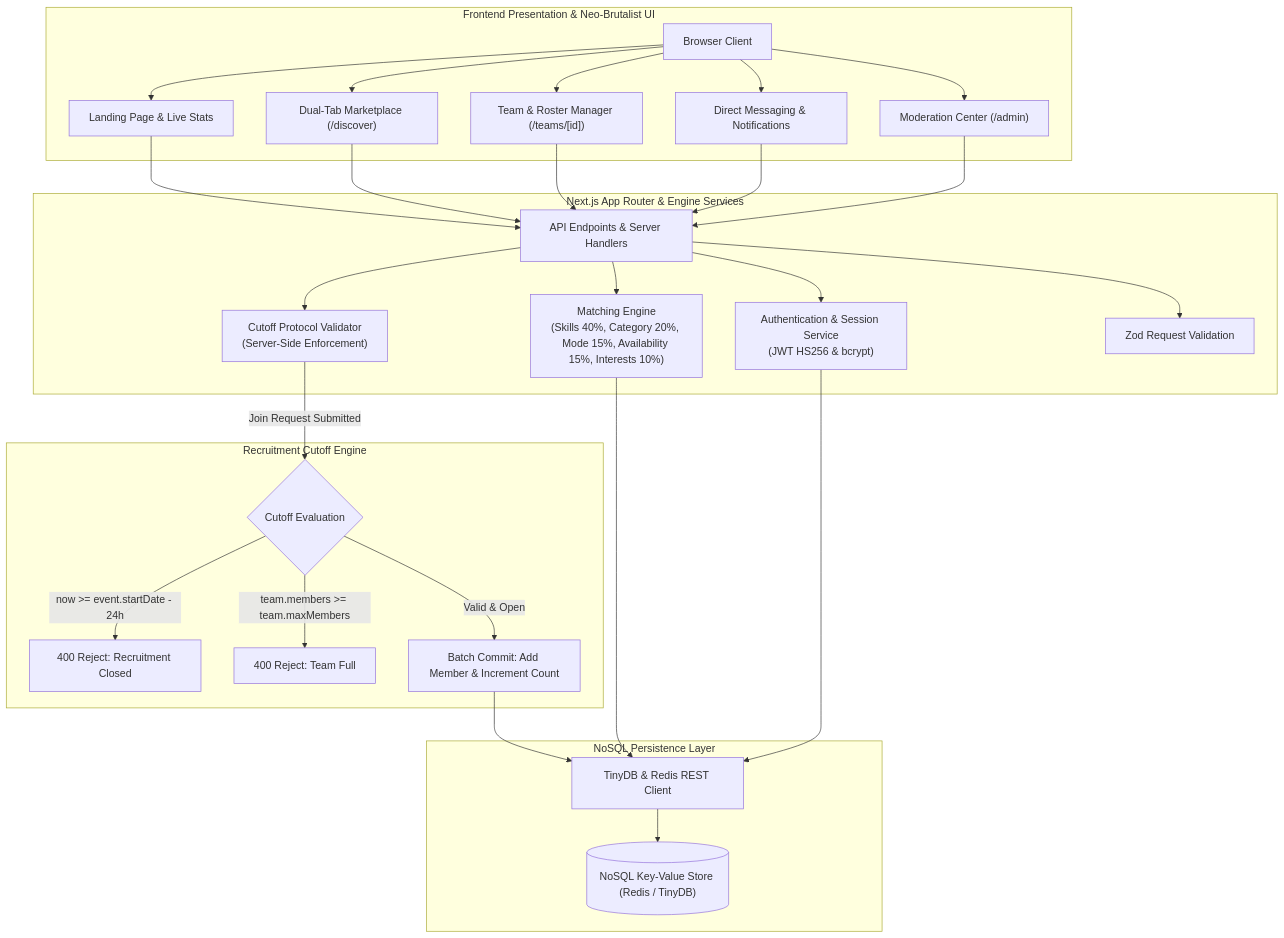
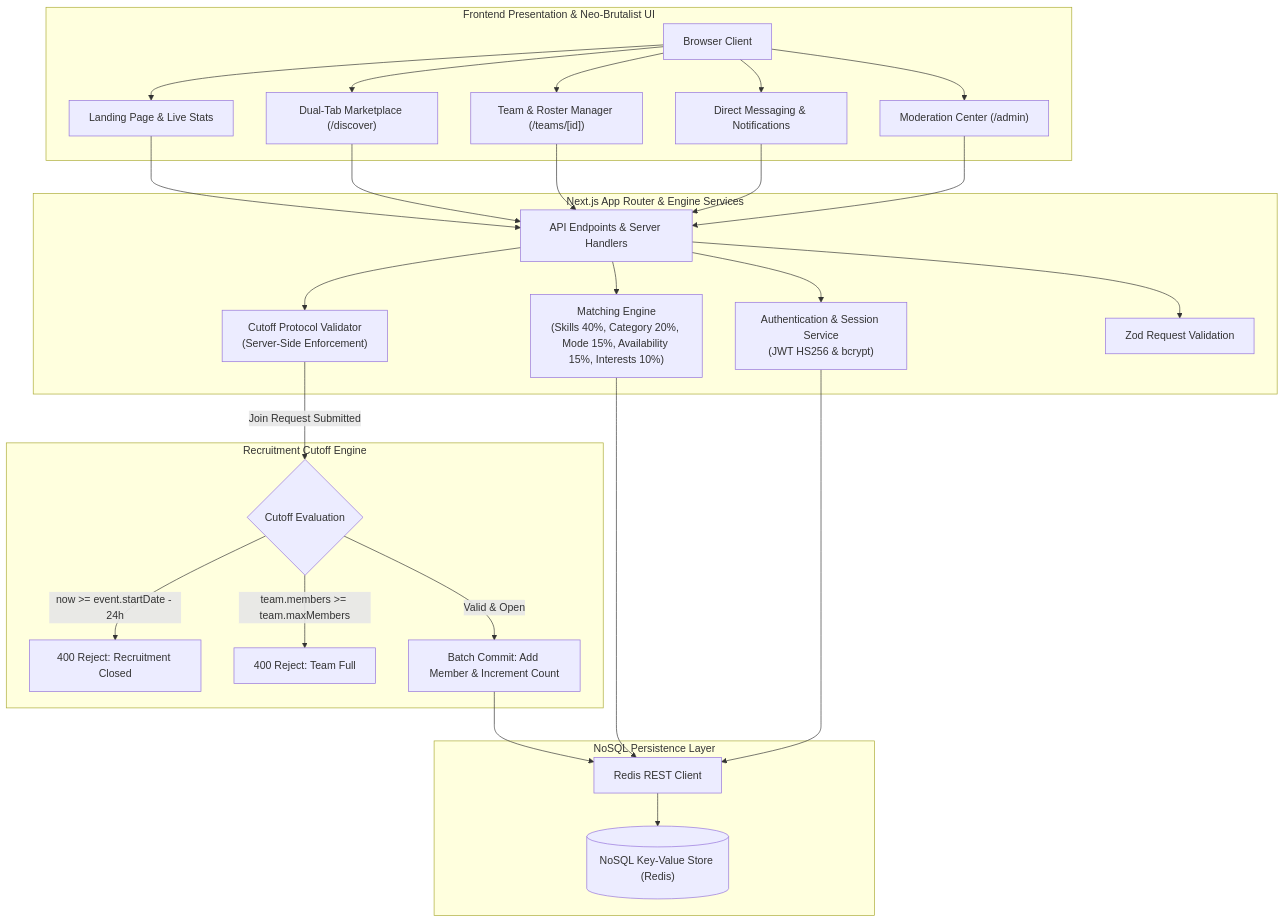
One commit to idoblink/TeamOrphan changed the diagram in README.md. Above: the diagram before and after it, drawn with Mermaid. The commit also changed other lines of this file and 28 other files, not shown here.

Commit message:
refactor: use pure Redis NoSQL database throughout and delete tinyDB and cookie-sync

````diff
--- a/README.md
+++ b/README.md
@@ -40,31 +40,31 @@
 ```mermaid
 flowchart TD
     subgraph Client_Layer [Frontend Presentation & Neo-Brutalist UI]
         U["Browser Client"]
         U --> P1["Landing Page & Live Stats"]
         U --> P2["Dual-Tab Marketplace (/discover)"]
         U --> P3["Team & Roster Manager (/teams/[id])"]
         U --> P4["Direct Messaging & Notifications"]
         U --> P5["Moderation Center (/admin)"]
     end
 
     subgraph Logic_Layer [Next.js App Router & Engine Services]
         P1 & P2 & P3 & P4 & P5 --> API["API Endpoints & Server Handlers"]
         API --> M1["Matching Engine\n(Skills 40%, Category 20%, Mode 15%, Availability 15%, Interests 10%)"]
         API --> M2["Cutoff Protocol Validator\n(Server-Side Enforcement)"]
         API --> M3["Authentication & Session Service\n(JWT HS256 & bcrypt)"]
         API --> M4["Zod Request Validation"]
     end
 
     subgraph Safety_Protocol [Recruitment Cutoff Engine]
         M2 -->|Join Request Submitted| C1{"Cutoff Evaluation"}
         C1 -->|now >= event.startDate - 24h| C2["400 Reject: Recruitment Closed"]
         C1 -->|team.members >= team.maxMembers| C3["400 Reject: Team Full"]
         C1 -->|Valid & Open| C4["Batch Commit: Add Member & Increment Count"]
     end
 
     subgraph Data_Layer [NoSQL Persistence Layer]
-        C4 & M1 & M3 --> DB_CLIENT["TinyDB & Redis REST Client"]
-        DB_CLIENT --> DB[("NoSQL Key-Value Store (Redis / TinyDB)")]
+        C4 & M1 & M3 --> DB_CLIENT["Redis REST Client"]
+        DB_CLIENT --> DB[("NoSQL Key-Value Store (Redis)")]
     end
 ```
````
